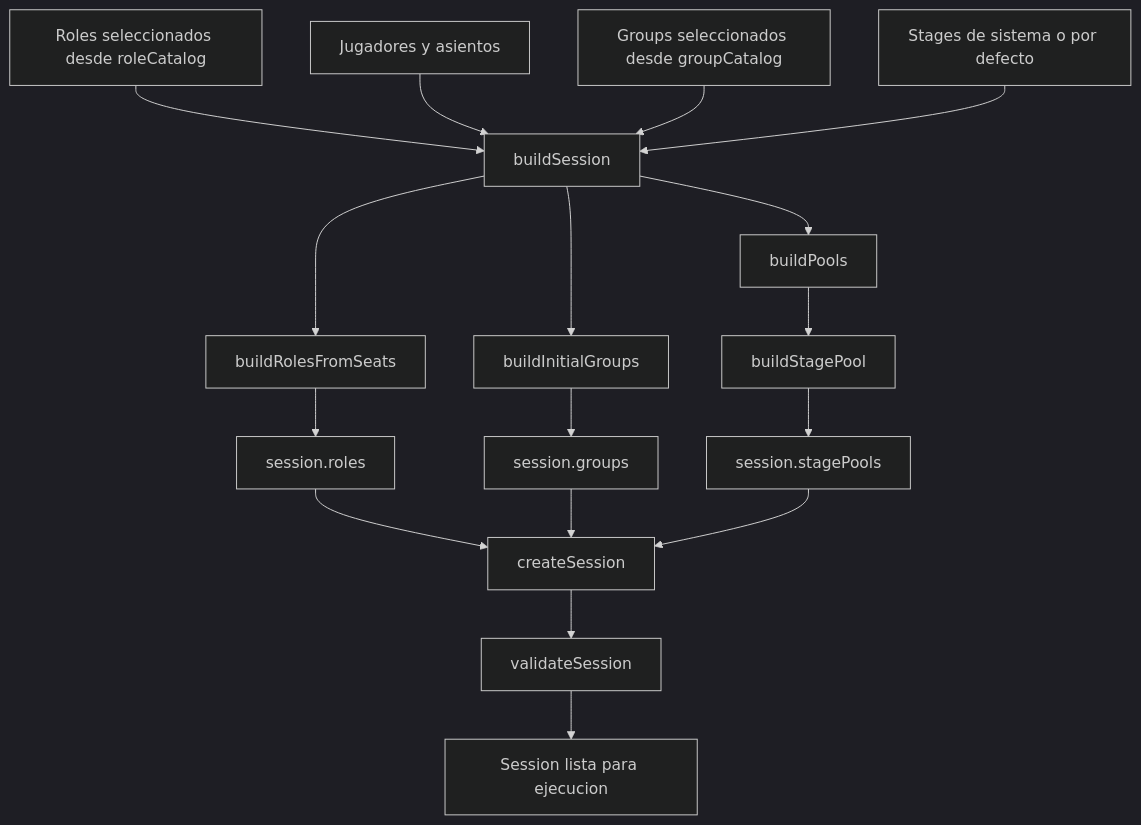
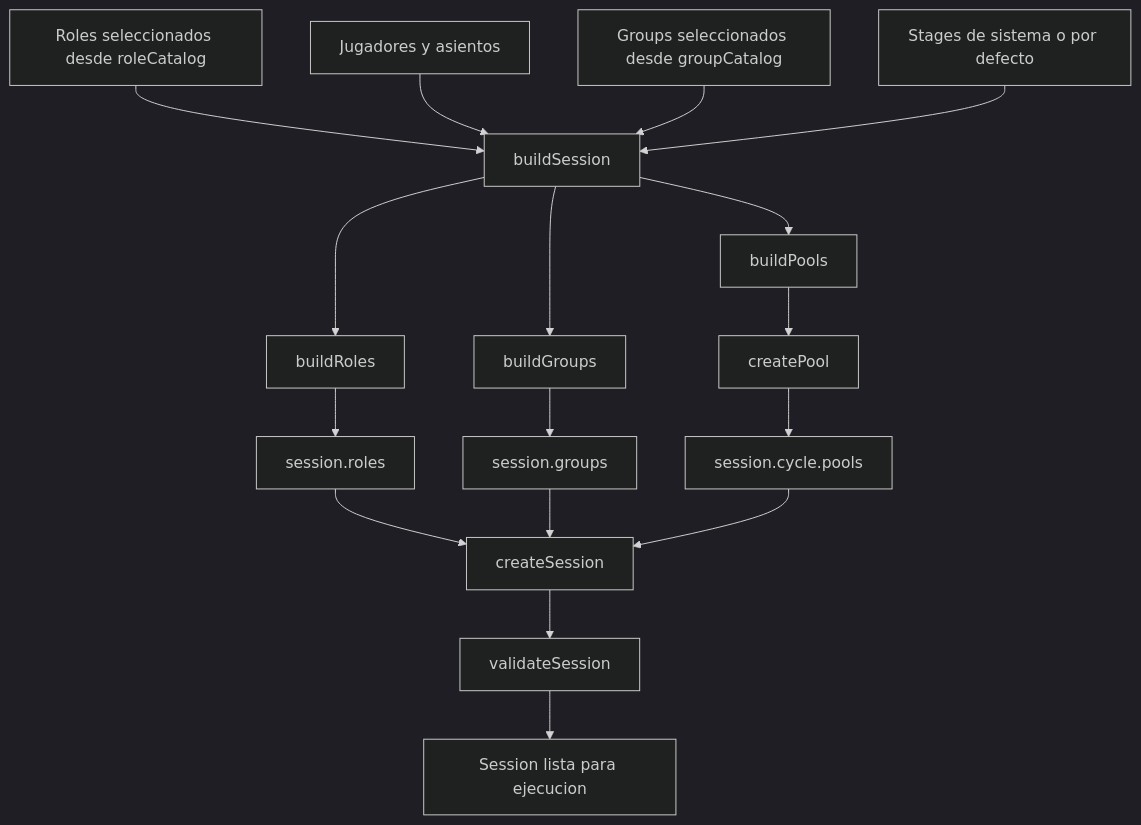
Before and after one commit to juanramonmorandeira/castronegro-director: the second of 14 diagrams in docs/engine_flow_map.md, drawn with Mermaid (dark theme). The commit also changed other lines of this file and 47 other files, not shown here.

````diff
--- a/docs/engine_flow_map.md
+++ b/docs/engine_flow_map.md
@@ -111,35 +111,35 @@
 ```mermaid
 flowchart TD
   A[Roles seleccionados desde roleCatalog]
   B[Jugadores y asientos]
   C[Groups seleccionados desde groupCatalog]
   D[Stages de sistema o por defecto]
   E[buildSession]
-  F[buildRolesFromSeats]
-  G[buildInitialGroups]
+  F[buildRoles]
+  G[buildGroups]
   H[buildPools]
-  I[buildStagePool]
+  I[createPool]
   J[createSession]
   K[validateSession]
   L[session.roles]
   M[session.groups]
-  N[session.stagePools]
+  N[session.cycle.pools]
   O[Session lista para ejecucion]
 
   A --> E
   B --> E
   C --> E
   D --> E
   E --> F
   E --> G
   E --> H
   H --> I
   F --> L
   G --> M
   I --> N
   L --> J
   M --> J
   N --> J
   J --> K
   K --> O
 ```
````
